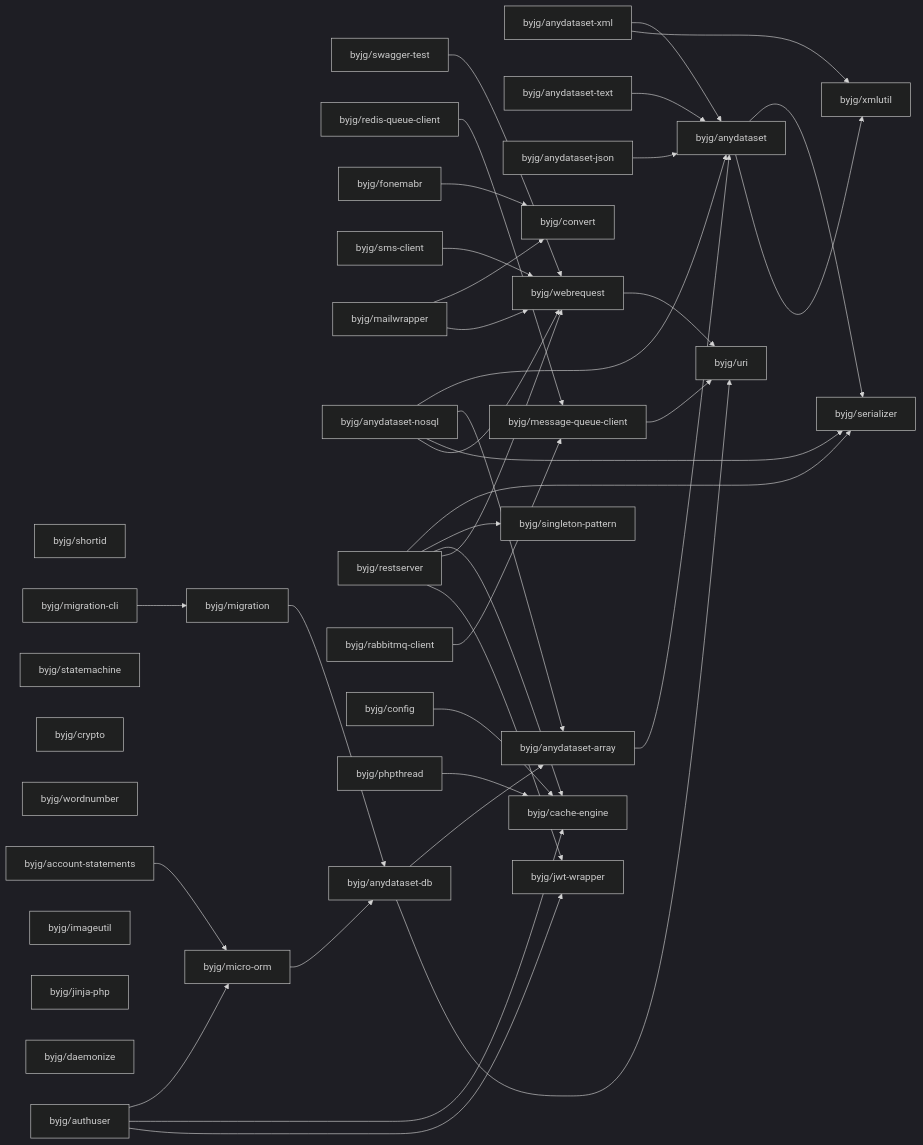
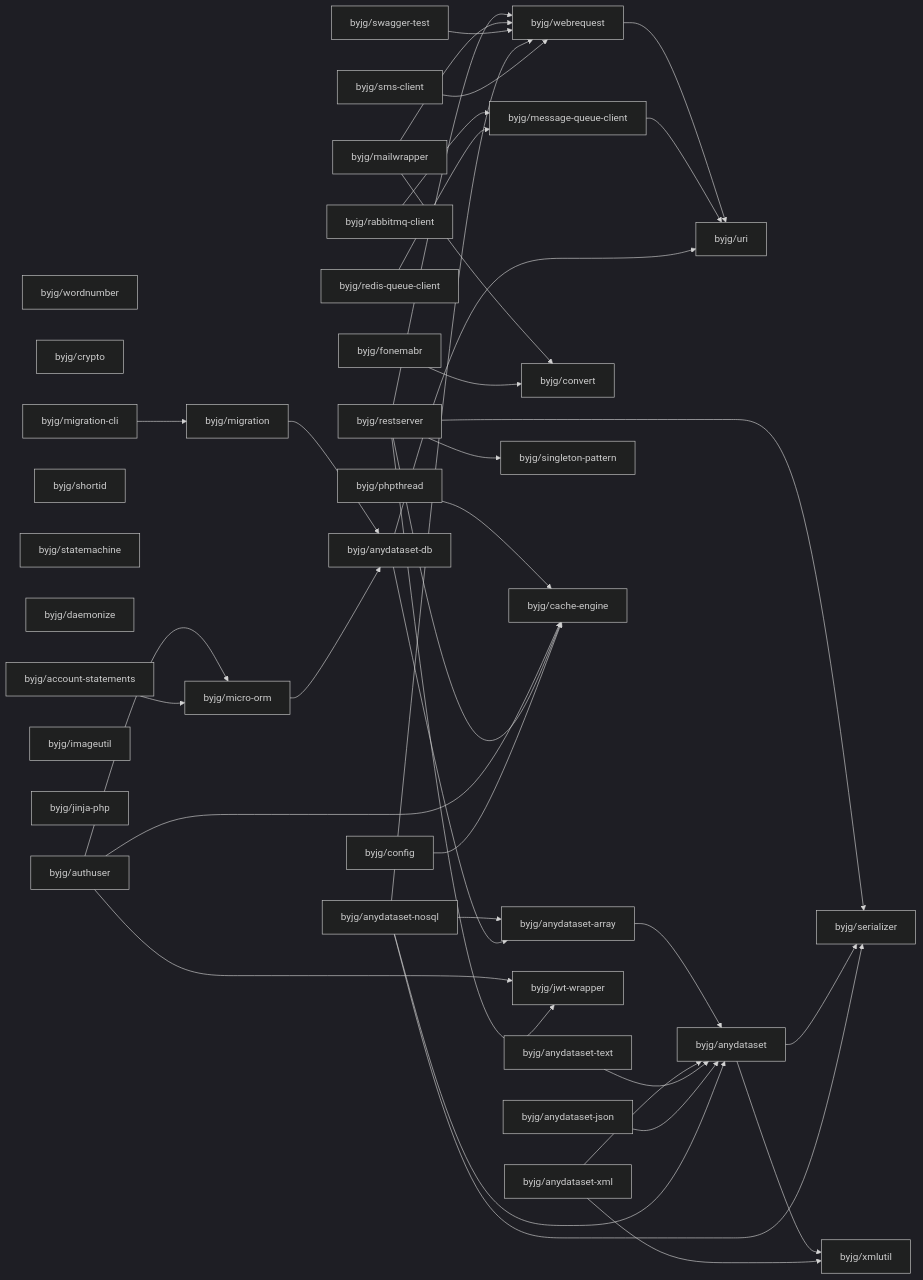
The diagram in docs/php/README.md (byjg/byjg.github.io), drawn with Mermaid (dark theme) before and after one commit. The commit also changed other lines of this file, not shown here.

Commit message:
Update documentation 'php' 'php-xmlutil'

````diff
--- a/docs/php/README.md
+++ b/docs/php/README.md
@@ -3,76 +3,76 @@
 ```mermaid
 graph LR;
+  byjg/wordnumber;
+  byjg/crypto;
+  byjg/account-statements;
+  byjg/mailwrapper;
   byjg/shortid;
+  byjg/statemachine;
+  byjg/config;
+  byjg/daemonize;
+  byjg/migration-cli;
+  byjg/redis-queue-client;
+  byjg/sms-client;
+  byjg/anydataset-text;
+  byjg/anydataset-json;
+  byjg/fonemabr;
+  byjg/imageutil;
+  byjg/rabbitmq-client;
+  byjg/jinja-php;
   byjg/swagger-test;
   byjg/anydataset-xml;
-  byjg/migration-cli;
-  byjg/statemachine;
-  byjg/anydataset-text;
-  byjg/anydataset-json;
-  byjg/redis-queue-client;
-  byjg/fonemabr;
-  byjg/sms-client;
-  byjg/mailwrapper;
+  byjg/phpthread;
   byjg/anydataset-nosql;
+  byjg/authuser;
   byjg/restserver;
-  byjg/crypto;
-  byjg/wordnumber;
-  byjg/account-statements;
-  byjg/rabbitmq-client;
-  byjg/imageutil;
-  byjg/config;
-  byjg/jinja-php;
-  byjg/daemonize;
-  byjg/authuser;
-  byjg/phpthread;
   byjg/migration;
   byjg/convert;
-  byjg/singleton-pattern;
-  byjg/webrequest;
   byjg/message-queue-client;
   byjg/micro-orm;
+  byjg/singleton-pattern;
+  byjg/cache-engine;
+  byjg/webrequest;
   byjg/jwt-wrapper;
-  byjg/cache-engine;
   byjg/anydataset-db;
   byjg/anydataset-array;
   byjg/uri;
   byjg/anydataset;
   byjg/serializer;
   byjg/xmlutil;
   byjg/phpthread --> byjg/cache-engine;
   byjg/authuser --> byjg/micro-orm;
   byjg/authuser --> byjg/cache-engine;
   byjg/authuser --> byjg/jwt-wrapper;
   byjg/anydataset-array --> byjg/anydataset;
   byjg/restserver --> byjg/serializer;
   byjg/restserver --> byjg/singleton-pattern;
   byjg/restserver --> byjg/cache-engine;
   byjg/restserver --> byjg/webrequest;
   byjg/restserver --> byjg/jwt-wrapper;
   byjg/mailwrapper --> byjg/convert;
   byjg/mailwrapper --> byjg/webrequest;
   byjg/swagger-test --> byjg/webrequest;
   byjg/migration --> byjg/anydataset-db;
   byjg/account-statements --> byjg/micro-orm;
   byjg/anydataset --> byjg/serializer;
   byjg/anydataset --> byjg/xmlutil;
   byjg/fonemabr --> byjg/convert;
   byjg/anydataset-xml --> byjg/anydataset;
   byjg/anydataset-xml --> byjg/xmlutil;
   byjg/webrequest --> byjg/uri;
   byjg/config --> byjg/cache-engine;
   byjg/migration-cli --> byjg/migration;
   byjg/anydataset-text --> byjg/anydataset;
   byjg/micro-orm --> byjg/anydataset-db;
   byjg/message-queue-client --> byjg/uri;
   byjg/anydataset-json --> byjg/anydataset;
   byjg/anydataset-nosql --> byjg/anydataset;
   byjg/anydataset-nosql --> byjg/anydataset-array;
   byjg/anydataset-nosql --> byjg/serializer;
   byjg/anydataset-nosql --> byjg/webrequest;
   byjg/anydataset-db --> byjg/anydataset-array;
   byjg/anydataset-db --> byjg/uri;
   byjg/rabbitmq-client --> byjg/message-queue-client;
   byjg/redis-queue-client --> byjg/message-queue-client;
   byjg/sms-client --> byjg/webrequest;
 ```
````
